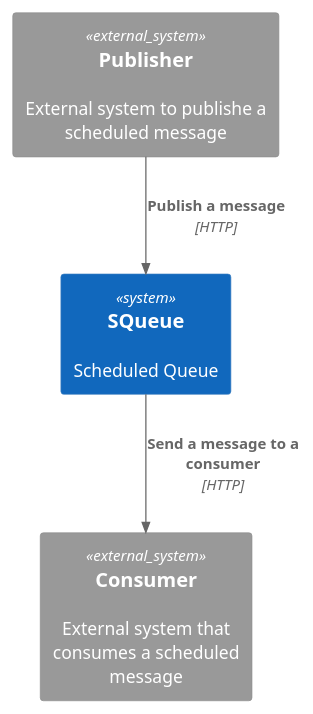
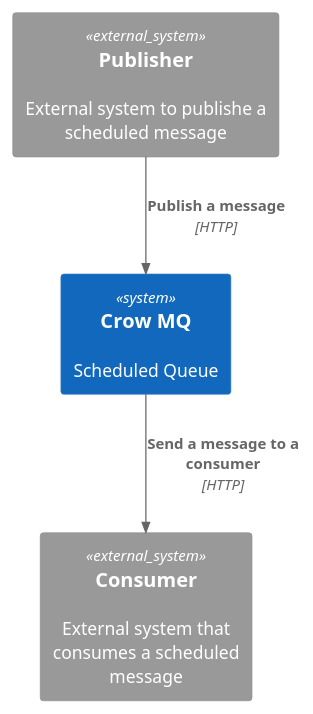
One commit to goori-soft/crow-mq changed the diagram in docs/C1.wsd. Above: the diagram before and after it, drawn with PlantUML. The commit also changed 34 other files, not shown here.

```diff
--- a/docs/C1.wsd
+++ b/docs/C1.wsd
@@ -1,16 +1,16 @@
 @startuml Scheduled Queue
 !include https://raw.githubusercontent.com/plantuml-stdlib/C4-PlantUML/master/C4_Container.puml
 
 AddRelTag("async", $lineStyle = DashedLine())
 AddRelTag("future", $lineColor = "#1b6b13", $textColor = "#1b6b13")
 AddRelTag("remove", $lineColor = "#8f622b", $textColor = "#8f622b")
 AddElementTag("future", $bgColor = "#32a852", $borderColor = "#2a8222")
 AddElementTag("remove", $bgColor = "#f0b267", $borderColor = "#8f622b")
 
 System_Ext(publisher, "Publisher", "External system to publishe a scheduled message")
 System_Ext(consumer, "Consumer", "External system that consumes a scheduled message")
-System(sQueue, "SQueue", "Scheduled Queue")
+System(crowmq, "Crow MQ", "Scheduled Queue")
 
-Rel(publisher, sQueue, "Publish a message", "HTTP")
-Rel(sQueue, consumer, "Send a message to a consumer", "HTTP")
+Rel(publisher, crowmq, "Publish a message", "HTTP")
+Rel(crowmq, consumer, "Send a message to a consumer", "HTTP")
 @enduml
```
